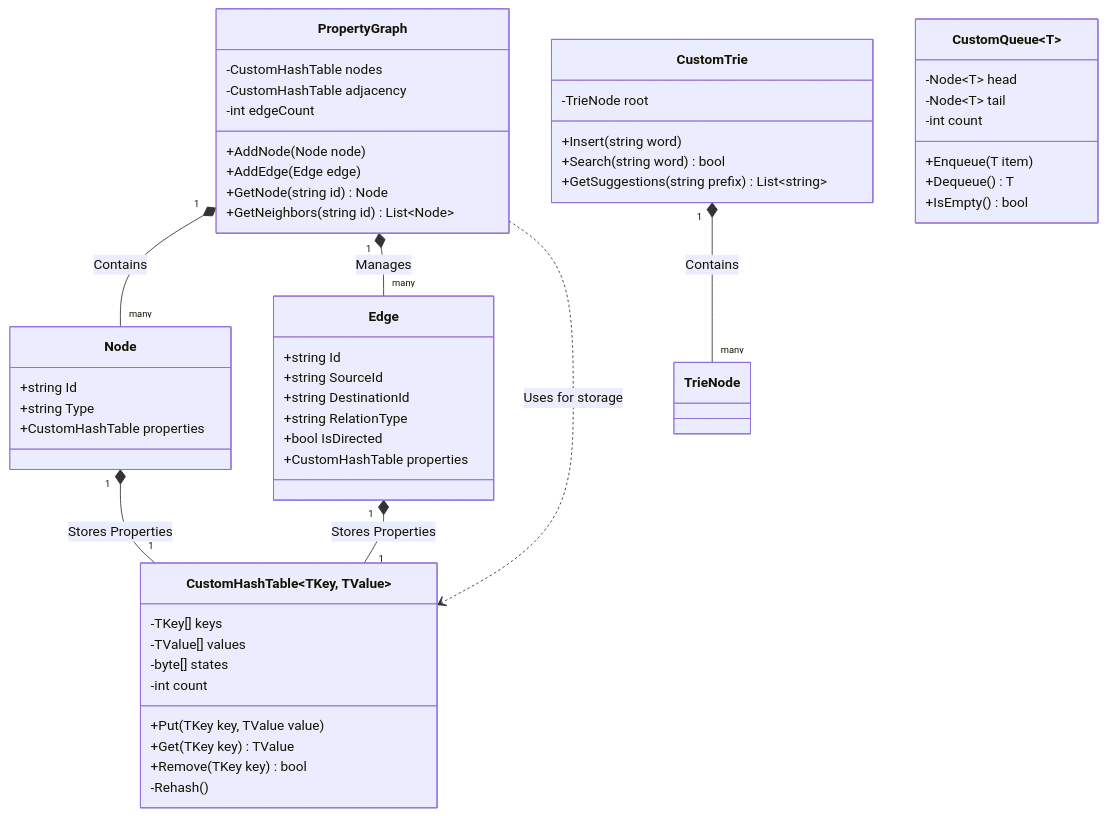
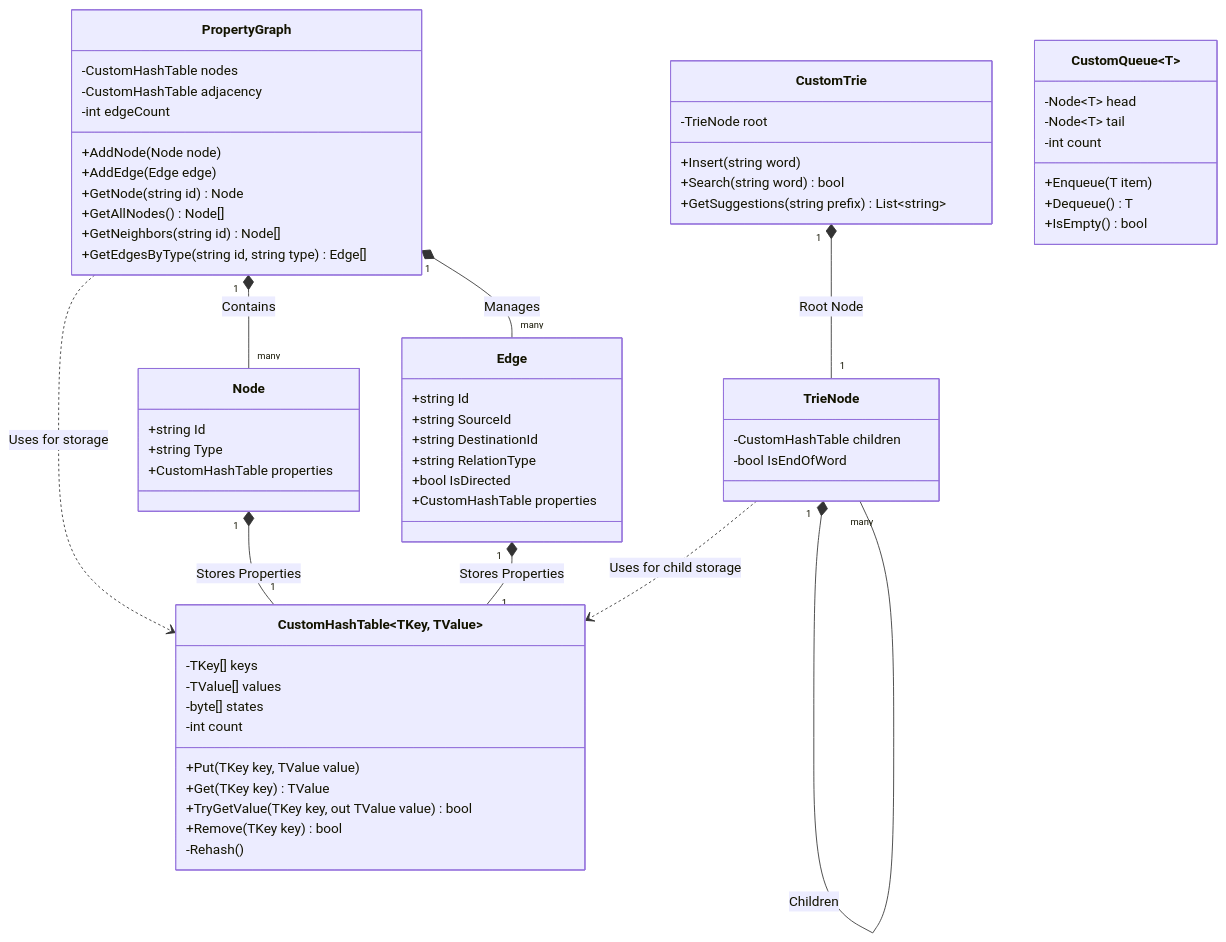
One commit to batuhanrz/SocialGraphProject changed the first of 3 diagrams in Markdowns/Project/UML_Diagrams.md. Above: the diagram before and after it, drawn with Mermaid. The commit also changed other lines of this file and 2 other files, not shown here.

Commit message:
chore: Final raporu, uml diagramları düzenlemesi vb.

````diff
--- a/Markdowns/Project/UML_Diagrams.md
+++ b/Markdowns/Project/UML_Diagrams.md
@@ -9,62 +9,72 @@
 ```mermaid
 classDiagram
     direction TB
     class PropertyGraph {
         -CustomHashTable nodes
         -CustomHashTable adjacency
         -int edgeCount
         +AddNode(Node node)
         +AddEdge(Edge edge)
         +GetNode(string id) Node
-        +GetNeighbors(string id) List~Node~
+        +GetAllNodes() Node[]
+        +GetNeighbors(string id) Node[]
+        +GetEdgesByType(string id, string type) Edge[]
     }
 
     class CustomHashTable~TKey, TValue~ {
         -TKey[] keys
         -TValue[] values
         -byte[] states
         -int count
         +Put(TKey key, TValue value)
         +Get(TKey key) TValue
+        +TryGetValue(TKey key, out TValue value) bool
         +Remove(TKey key) bool
         -Rehash()
     }
 
     class CustomTrie {
         -TrieNode root
         +Insert(string word)
         +Search(string word) bool
         +GetSuggestions(string prefix) List~string~
     }
 
     class CustomQueue~T~ {
         -Node~T~ head
         -Node~T~ tail
         -int count
         +Enqueue(T item)
         +Dequeue() T
         +IsEmpty() bool
     }
 
     class Node {
         +string Id
         +string Type
         +CustomHashTable properties
     }
 
     class Edge {
         +string Id
         +string SourceId
         +string DestinationId
         +string RelationType
         +bool IsDirected
         +CustomHashTable properties
     }
 
+    class TrieNode {
+        -CustomHashTable children
+        -bool IsEndOfWord
+    }
+
     PropertyGraph "1" *-- "many" Node : Contains
     PropertyGraph "1" *-- "many" Edge : Manages
     PropertyGraph ..> CustomHashTable : Uses for storage
     Node "1" *-- "1" CustomHashTable : Stores Properties
     Edge "1" *-- "1" CustomHashTable : Stores Properties
-    CustomTrie "1" *-- "many" TrieNode : Contains
+    CustomTrie "1" *-- "1" TrieNode : Root Node
+    TrieNode "1" *-- "many" TrieNode : Children
+    TrieNode ..> CustomHashTable : Uses for child storage
 ```
````
